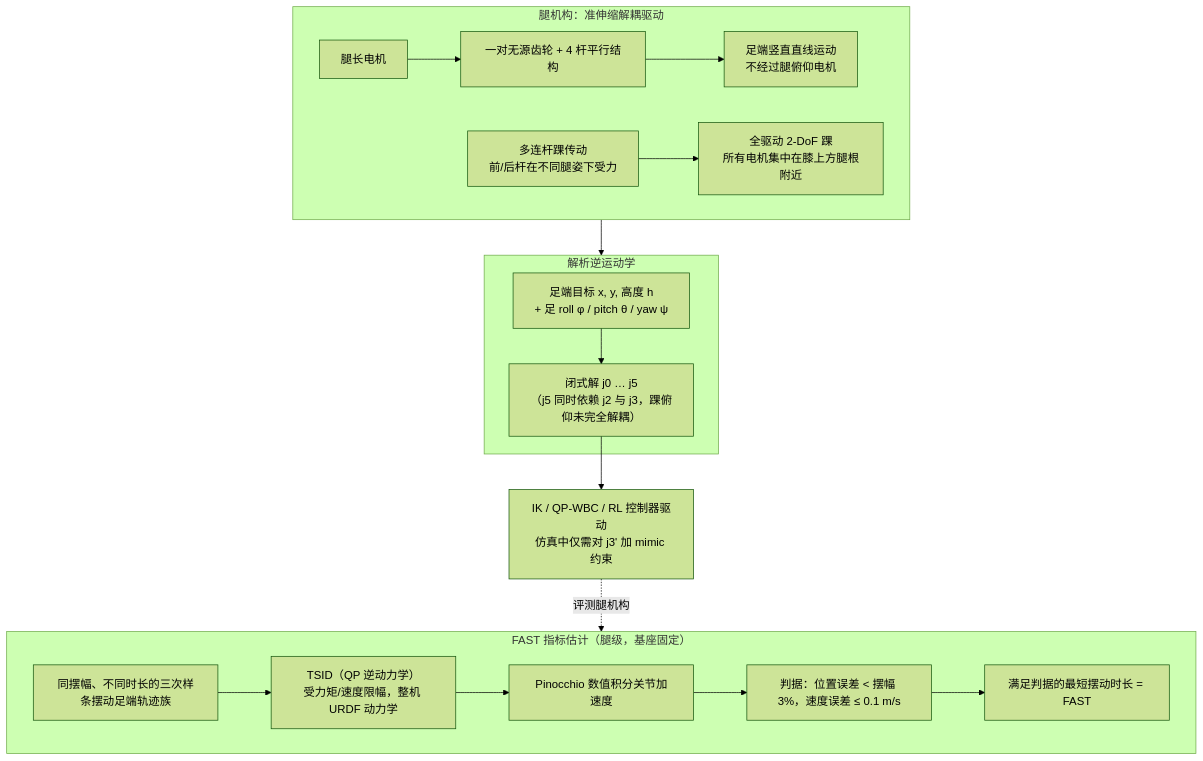
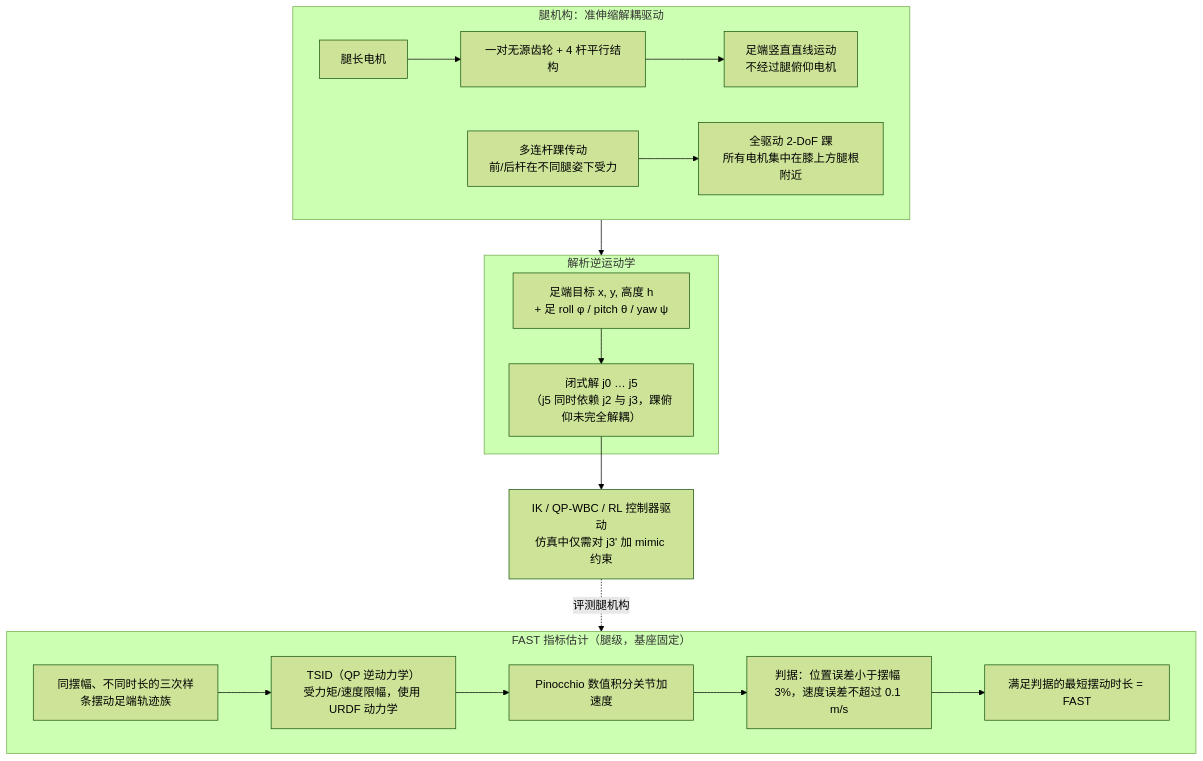
The diagram in wiki/entities/paper-notebook-decart-leg-design-and-evaluation-of-a-novel-huma.md (ImChong/Robotics_Notebooks), drawn with Mermaid (forest theme) before and after one commit. The commit also changed other lines of this file, not shown here.

````diff
--- a/wiki/entities/paper-notebook-decart-leg-design-and-evaluation-of-a-novel-huma.md
+++ b/wiki/entities/paper-notebook-decart-leg-design-and-evaluation-of-a-novel-huma.md
@@ -44,20 +50,20 @@
 ```mermaid
 flowchart TD
     subgraph MECH["腿机构：准伸缩解耦驱动"]
         lm["腿长电机"] --> gear["一对无源齿轮 + 4 杆平行结构"]
         gear --> foot["足端竖直直线运动<br/>不经过腿俯仰电机"]
         ml["多连杆踝传动<br/>前/后杆在不同腿姿下受力"] --> ankle["全驱动 2-DoF 踝<br/>所有电机集中在膝上方腿根附近"]
     end
     subgraph IK["解析逆运动学"]
         tgt["足端目标 x, y, 高度 h<br/>+ 足 roll φ / pitch θ / yaw ψ"] --> cf["闭式解 j0 … j5<br/>（j5 同时依赖 j2 与 j3，踝俯仰未完全解耦）"]
     end
     cf --> ctrl["IK / QP-WBC / RL 控制器驱动<br/>仿真中仅需对 j3' 加 mimic 约束"]
-    subgraph FAST["FAST 指标估计（腿级，基座固定）"]
-        traj["同摆幅、不同时长的三次样条摆动足端轨迹族"] --> tsid["TSID（QP 逆动力学）<br/>受力矩/速度限幅，整机 URDF 动力学"]
+    subgraph FASTEST["FAST 指标估计（腿级，基座固定）"]
+        traj["同摆幅、不同时长的三次样条摆动足端轨迹族"] --> tsid["TSID（QP 逆动力学）<br/>受力矩/速度限幅，使用 URDF 动力学"]
         tsid --> integ["Pinocchio 数值积分关节加速度"]
-        integ --> chk["判据：位置误差 < 摆幅 3%，速度误差 ≤ 0.1 m/s"]
+        integ --> chk["判据：位置误差小于摆幅 3%，速度误差不超过 0.1 m/s"]
         chk --> val["满足判据的最短摆动时长 = FAST"]
     end
     MECH --> IK
-    ctrl -.评测腿机构.-> FAST
+    ctrl -.评测腿机构.-> FASTEST
 ```
````
